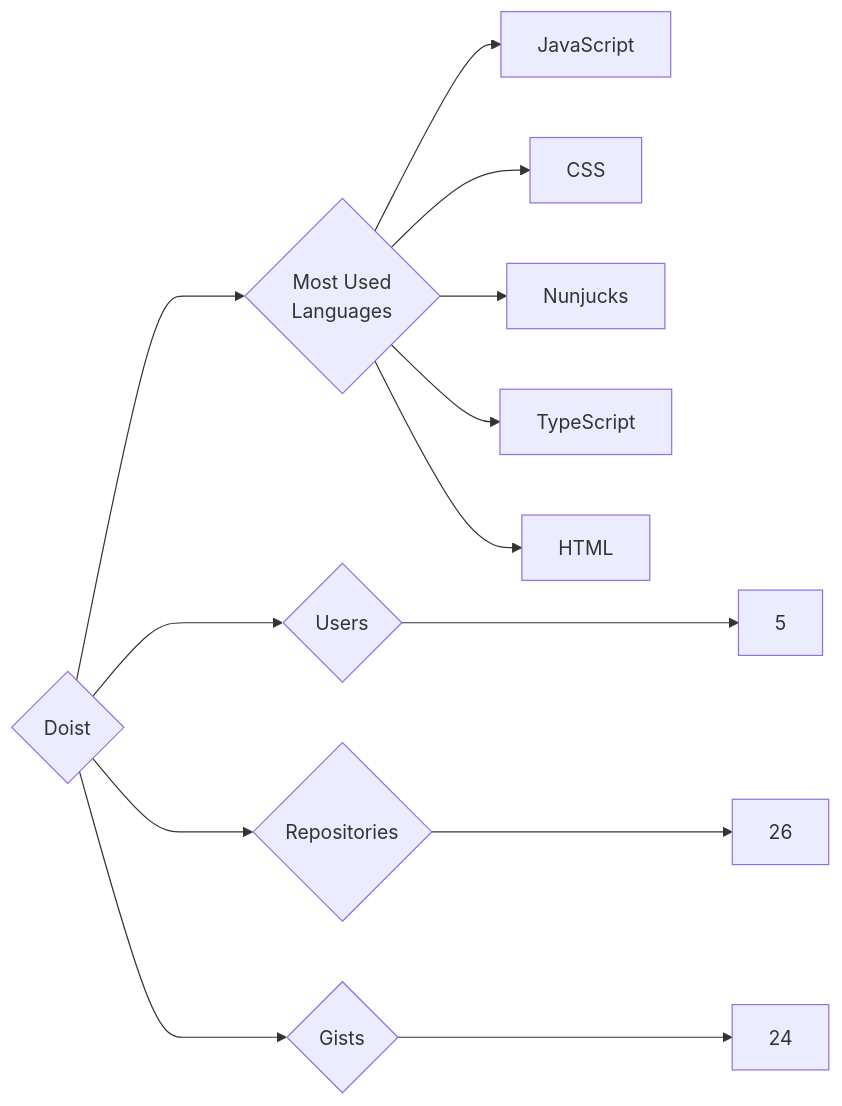
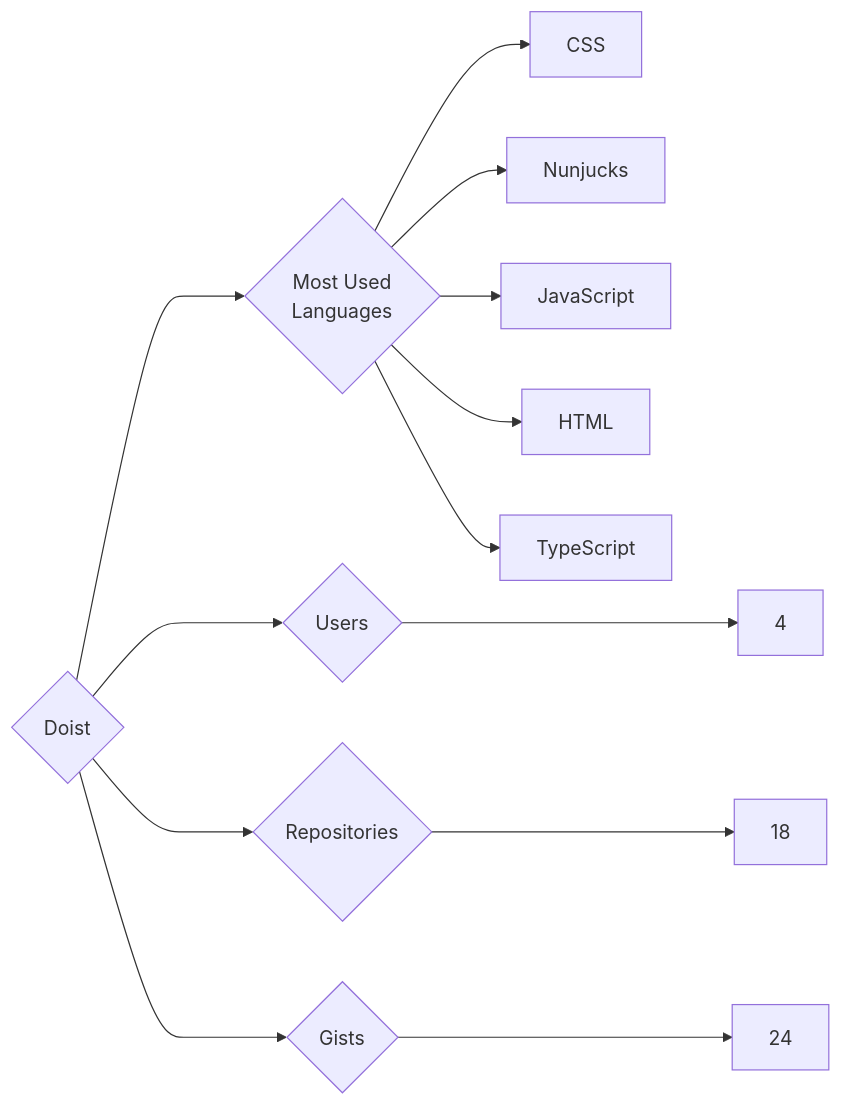
The diagram in targets/Doist/README.md (trickest/insiders), drawn with Mermaid before and after one commit. The commit also changed 1055 other files, not shown here.

````diff
--- a/targets/Doist/README.md
+++ b/targets/Doist/README.md
@@ -3,13 +3,13 @@
 ```mermaid
 graph LR
 COMPANY_NAME{Doist}
-COMPANY_NAME ---> U{Users} ---> UN[5]
-COMPANY_NAME ---> R{Repositories} ---> RN[26]
+COMPANY_NAME ---> U{Users} ---> UN[4]
+COMPANY_NAME ---> R{Repositories} ---> RN[18]
 COMPANY_NAME ---> G{Gists} ---> GN[24]
 COMPANY_NAME ---> ML{Most Used<br>Languages}
-ML --> JavaScript[JavaScript]
 ML --> CSS[CSS]
 ML --> Nunjucks[Nunjucks]
+ML --> JavaScript[JavaScript]
+ML --> HTML[HTML]
 ML --> TypeScript[TypeScript]
-ML --> HTML[HTML]
 ```
````
